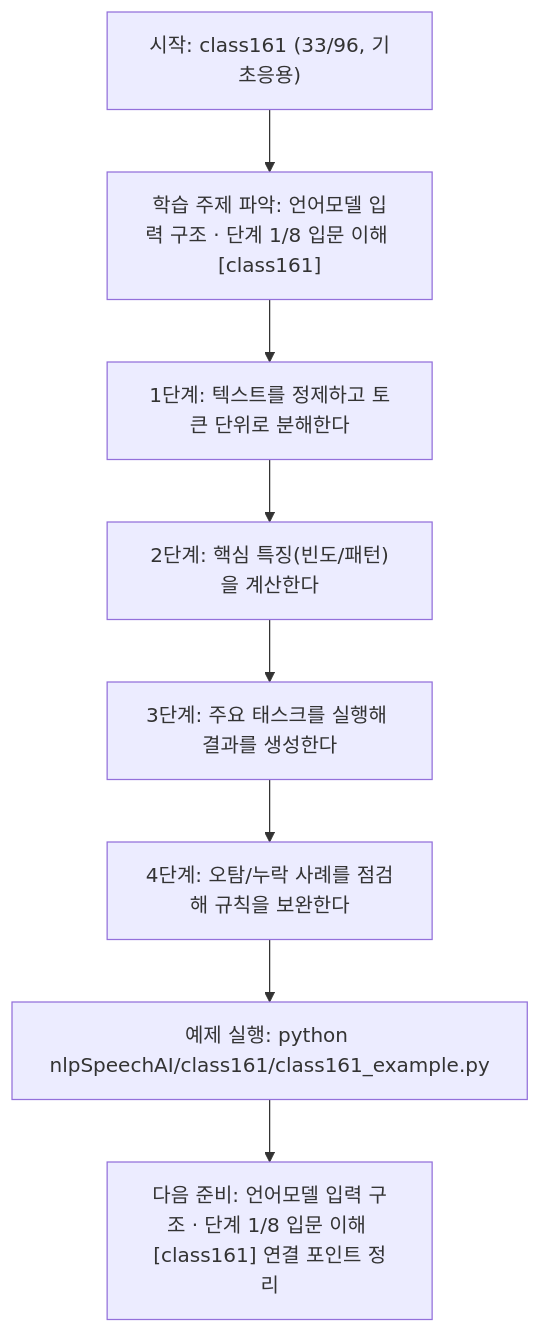
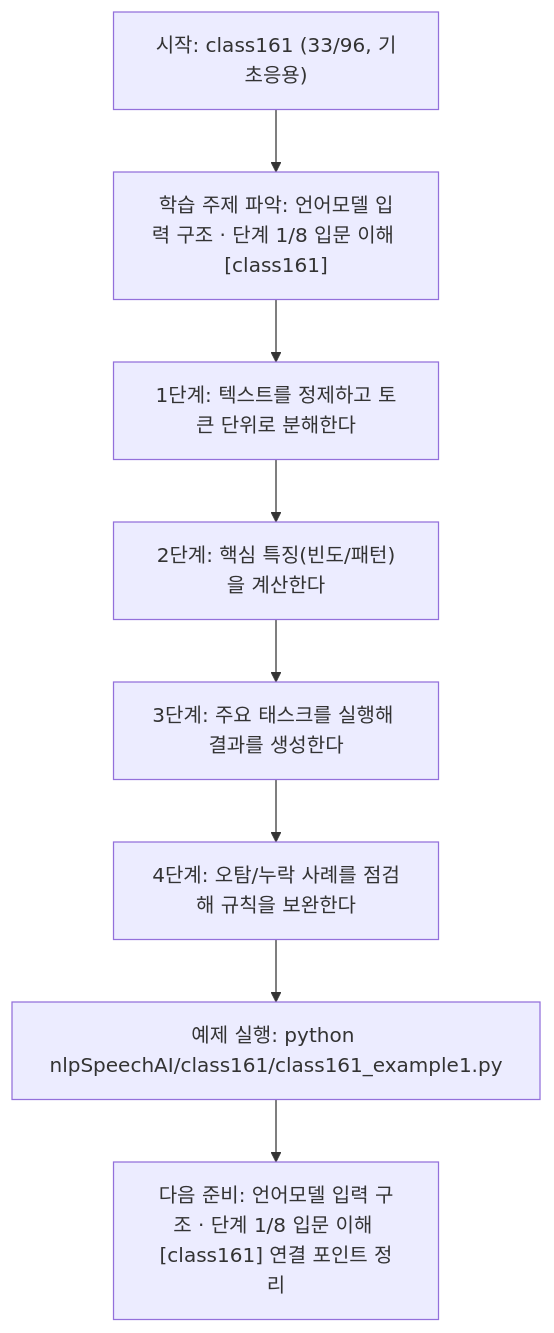
Before and after one commit to edumgt/Python-AI_Agent-Class: the diagram in nlpSpeechAI/class161/class161.md, drawn with Mermaid. The commit also changed other lines of this file and 2959 other files, not shown here.

````diff
--- a/nlpSpeechAI/class161/class161.md
+++ b/nlpSpeechAI/class161/class161.md
@@ -114,18 +114,18 @@
 ```mermaid
 flowchart TD
 N1["시작: class161 (33/96, 기초응용)"]
 N2["학습 주제 파악: 언어모델 입력 구조 · 단계 1/8 입문 이해 [class161]"]
 N3["1단계: 텍스트를 정제하고 토큰 단위로 분해한다"]
 N4["2단계: 핵심 특징(빈도/패턴)을 계산한다"]
 N5["3단계: 주요 태스크를 실행해 결과를 생성한다"]
 N6["4단계: 오탐/누락 사례를 점검해 규칙을 보완한다"]
-N7["예제 실행: python nlpSpeechAI/class161/class161_example.py"]
+N7["예제 실행: python nlpSpeechAI/class161/class161_example1.py"]
 N8["다음 준비: 언어모델 입력 구조 · 단계 1/8 입문 이해 [class161] 연결 포인트 정리"]
 N1 --> N2
 N2 --> N3
 N3 --> N4
 N4 --> N5
 N5 --> N6
 N6 --> N7
 N7 --> N8
 ```
````
